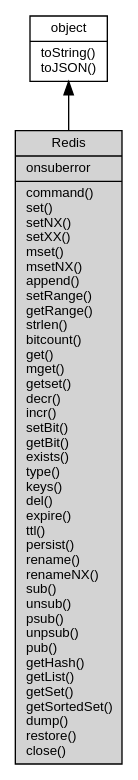
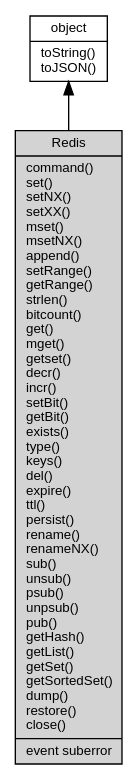
One commit to fibjs/fibjs.org changed the diagram in docs/manual/object/ifs/Redis.md. Above: the diagram before and after it, drawn with Graphviz. The commit also changed other lines of this file and 63 other files, not shown here.

````diff
--- a/docs/manual/object/ifs/Redis.md
+++ b/docs/manual/object/ifs/Redis.md
@@ -12,10 +12,10 @@
 ```dot
 digraph {
     node [fontname="Helvetica,sans-Serif", fontsize=10, shape="record", style="filled", fillcolor="white"];
 
     object [tooltip="object", URL="object.md", label="{object|toString()\ltoJSON()\l}"];
-    Redis [tooltip="Redis", fillcolor="lightgray", id="me", label="{Redis|onsuberror\l|command()\lset()\lsetNX()\lsetXX()\lmset()\lmsetNX()\lappend()\lsetRange()\lgetRange()\lstrlen()\lbitcount()\lget()\lmget()\lgetset()\ldecr()\lincr()\lsetBit()\lgetBit()\lexists()\ltype()\lkeys()\ldel()\lexpire()\lttl()\lpersist()\lrename()\lrenameNX()\lsub()\lunsub()\lpsub()\lunpsub()\lpub()\lgetHash()\lgetList()\lgetSet()\lgetSortedSet()\ldump()\lrestore()\lclose()\l}"];
+    Redis [tooltip="Redis", fillcolor="lightgray", id="me", label="{Redis|command()\lset()\lsetNX()\lsetXX()\lmset()\lmsetNX()\lappend()\lsetRange()\lgetRange()\lstrlen()\lbitcount()\lget()\lmget()\lgetset()\ldecr()\lincr()\lsetBit()\lgetBit()\lexists()\ltype()\lkeys()\ldel()\lexpire()\lttl()\lpersist()\lrename()\lrenameNX()\lsub()\lunsub()\lpsub()\lunpsub()\lpub()\lgetHash()\lgetList()\lgetSet()\lgetSortedSet()\ldump()\lrestore()\lclose()\l|event suberror\l}"];
 
     object -> Redis [dir=back];
 }
 ```
````
